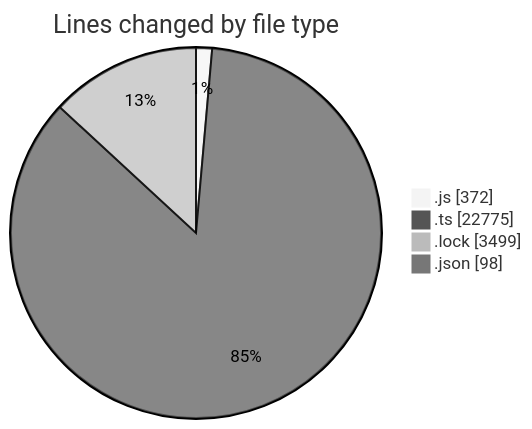
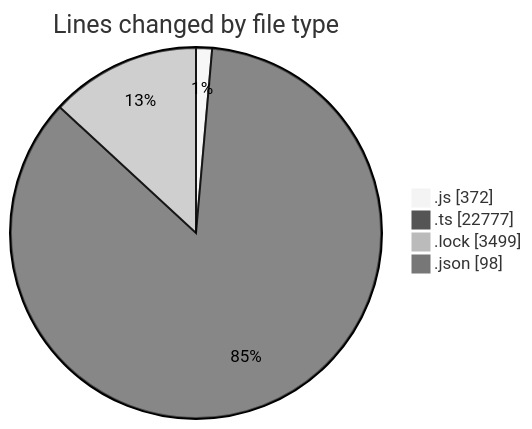
Before and after one commit to momahboobian/code-tracking: the first of 2 diagrams in 2025-05-27/cda/README.md, drawn with Mermaid (neutral theme). The commit also changed other lines of this file and 1 other file, not shown here.

````diff
--- a/2025-05-27/cda/README.md
+++ b/2025-05-27/cda/README.md
@@ -30,8 +30,8 @@
 ```mermaid
 pie showData
 title Lines changed by file type
 ".js" : 372
-".ts" : 22775
+".ts" : 22777
 ".lock" : 3499
 ".json" : 98
 ```
````
